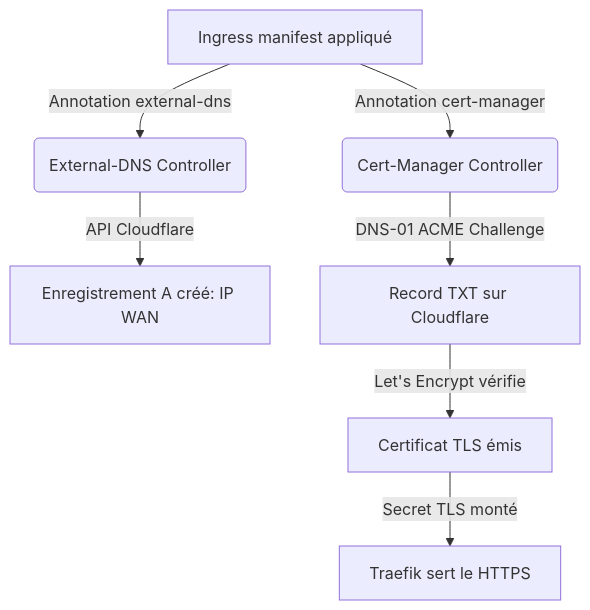
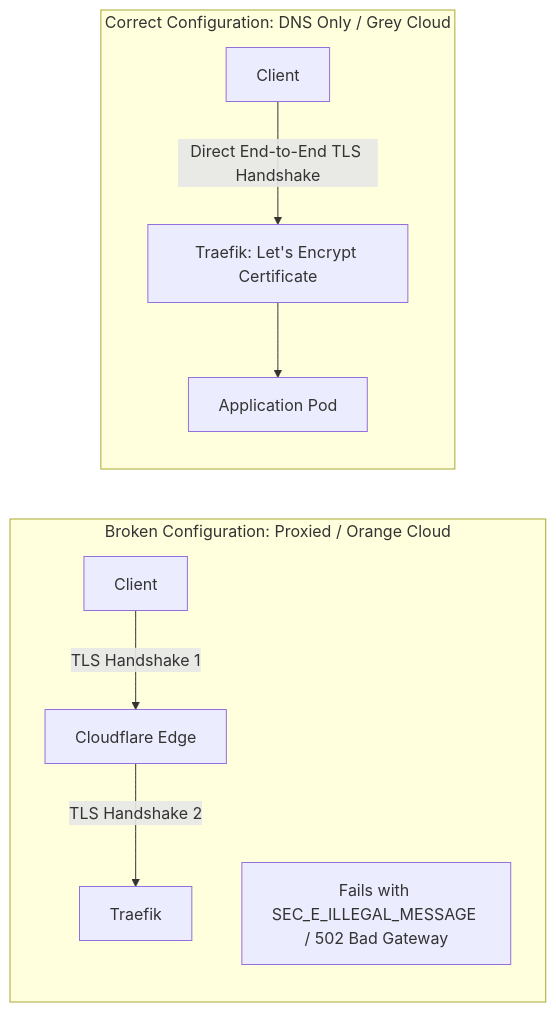
Before and after one commit to ZiplEix/homelab-infra: the second of 2 diagrams in docs/architecture/dns-tls.md, drawn with Mermaid. The commit also changed other lines of this file and 8 other files, not shown here.

````diff
--- a/docs/architecture/dns-tls.md
+++ b/docs/architecture/dns-tls.md
@@ -5,9 +68,13 @@
 ```mermaid
-graph TD
-    A[Ingress manifest appliqué] -->|Annotation external-dns| B(External-DNS Controller)
-    A -->|Annotation cert-manager| C(Cert-Manager Controller)
-    B -->|API Cloudflare| D[Enregistrement A créé: IP WAN]
-    C -->|DNS-01 ACME Challenge| E[Record TXT sur Cloudflare]
-    E -->|Let's Encrypt vérifie| F[Certificat TLS émis]
-    F -->|Secret TLS monté| G[Traefik sert le HTTPS]
+flowchart LR
+    subgraph Incorrect [Broken Configuration: Proxied / Orange Cloud]
+        C1[Client] -->|TLS Handshake 1| CF1[Cloudflare Edge]
+        CF1 -->|TLS Handshake 2| Tr1[Traefik]
+        Note1[Fails with SEC_E_ILLEGAL_MESSAGE / 502 Bad Gateway]
+    end
+
+    subgraph Correct [Correct Configuration: DNS Only / Grey Cloud]
+        C2[Client] -->|Direct End-to-End TLS Handshake| Tr2[Traefik: Let's Encrypt Certificate]
+        Tr2 --> Pod[Application Pod]
+    end
 ```
````
